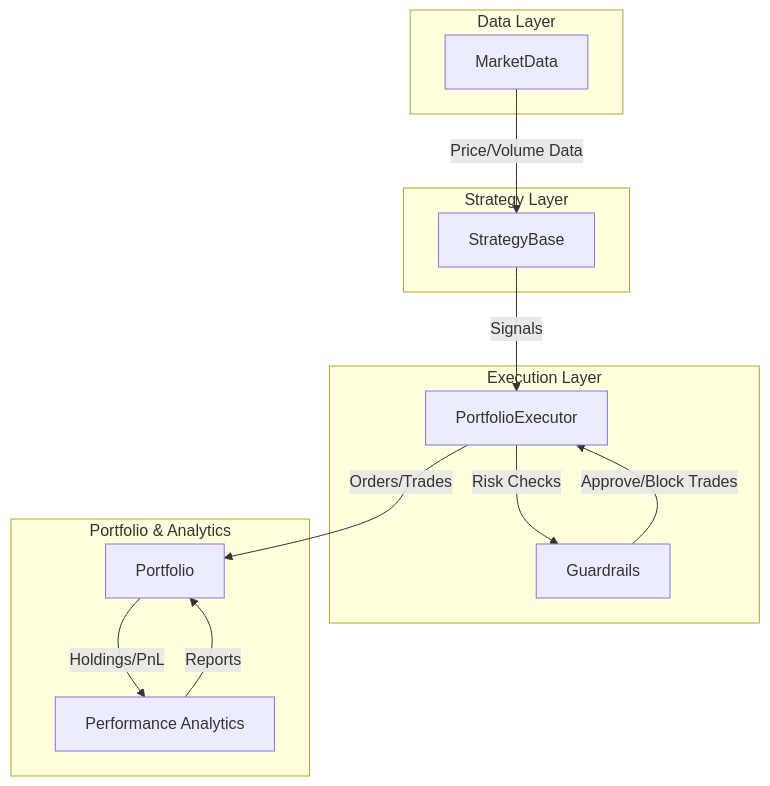
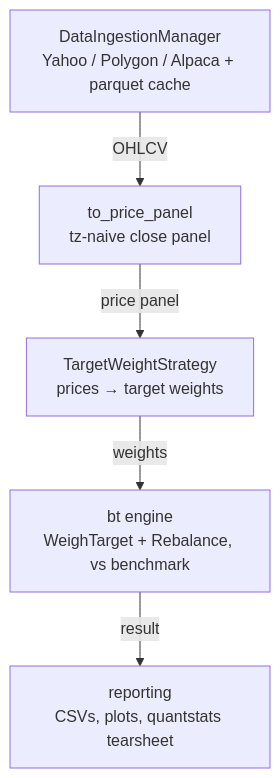
The diagram in README.md (rohitashwachaks/traderplusplus), drawn with Mermaid before and after one commit. The commit also changed other lines of this file and 65 other files, not shown here.

````diff
--- a/README.md
+++ b/README.md
@@ -124,24 +124,12 @@
 ```mermaid
 flowchart TD
-    subgraph Data Layer
-      A[MarketData]
-    end
-    subgraph Strategy Layer
-      B[StrategyBase]
-    end
-    subgraph Execution Layer
-      C[PortfolioExecutor]
-      D[Guardrails]
-    end
-    subgraph Portfolio & Analytics
-      E[Portfolio]
-      F[Performance Analytics]
-    end
-    A -- Price/Volume Data --> B
-    B -- Signals --> C
-    C -- Orders/Trades --> E
-    C -- Risk Checks --> D
-    D -- Approve/Block Trades --> C
-    E -- Holdings/PnL --> F
-    F -- Reports --> E
+    A[DataIngestionManager<br/>Yahoo / Polygon / Alpaca + parquet cache]
+    B[to_price_panel<br/>tz-naive close panel]
+    C[TargetWeightStrategy<br/>prices → target weights]
+    D[bt engine<br/>WeighTarget + Rebalance, vs benchmark]
+    E[reporting<br/>CSVs, plots, quantstats tearsheet]
+    A -- OHLCV --> B
+    B -- price panel --> C
+    C -- weights --> D
+    D -- result --> E
 ```
````
